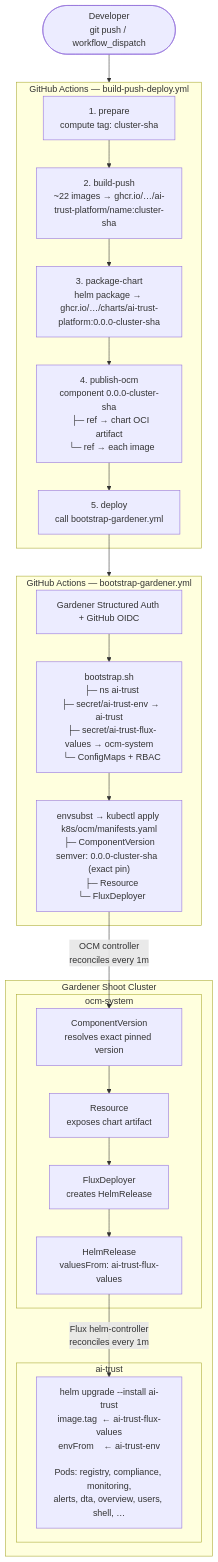
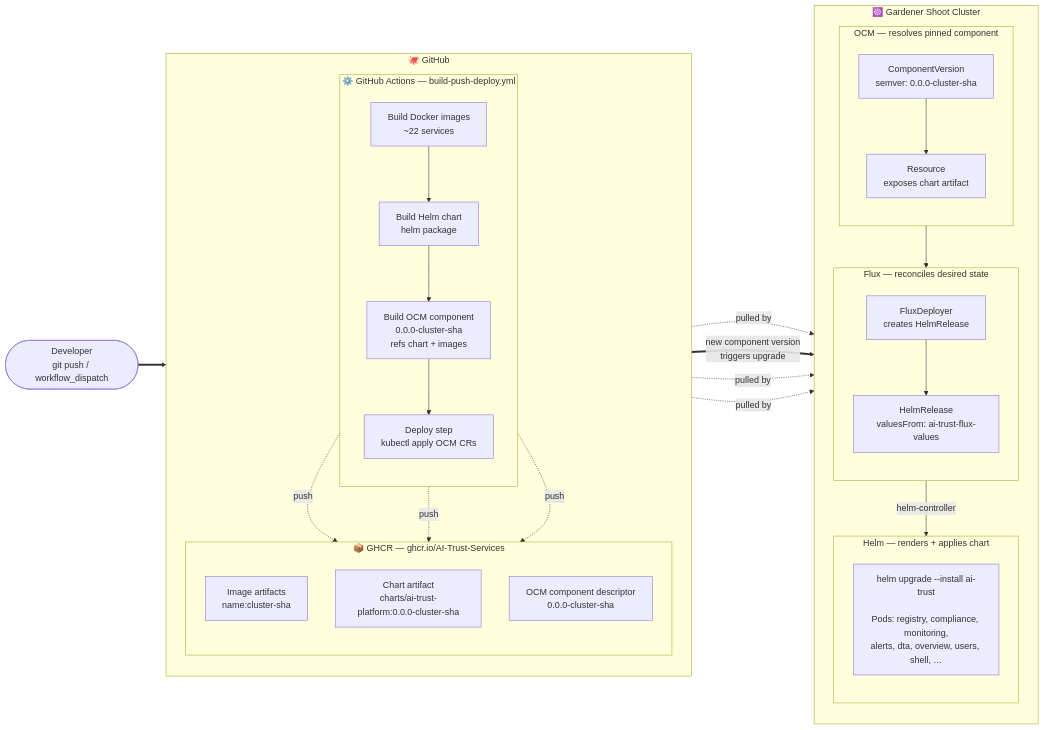
Before and after one commit to AI-Trust-Services/ai-trust-platform: the diagram in docs/ci-cd.md, drawn with Mermaid.

Commit message:
docs: redraw CI/CD deploy flow as nested blocks (GitHub{Actions,GHCR} → Gardener{OCM,Flux,Helm})

````diff
--- a/docs/ci-cd.md
+++ b/docs/ci-cd.md
@@ -5,38 +5,53 @@
 ```mermaid
-flowchart TD
-    dev([Developer\ngit push / workflow_dispatch])
+flowchart LR
+    dev([Developer<br/>git push / workflow_dispatch])
 
-    subgraph gha1["GitHub Actions — build-push-deploy.yml"]
-        prepare["1. prepare\ncompute tag: cluster-sha"]
-        build["2. build-push\n~22 images → ghcr.io/…/ai-trust-platform/name:cluster-sha"]
-        chart["3. package-chart\nhelm package → ghcr.io/…/charts/ai-trust-platform:0.0.0-cluster-sha"]
-        ocm_pub["4. publish-ocm\ncomponent 0.0.0-cluster-sha\n  ├─ ref → chart OCI artifact\n  └─ ref → each image"]
-        trigger["5. deploy\ncall bootstrap-gardener.yml"]
-        prepare --> build --> chart --> ocm_pub --> trigger
+    subgraph github["🐙 GitHub"]
+        direction TB
+        subgraph gha["⚙️ GitHub Actions — build-push-deploy.yml"]
+            direction TB
+            build["Build Docker images<br/>~22 services"]
+            chart["Build Helm chart<br/>helm package"]
+            ocm["Build OCM component<br/>0.0.0-cluster-sha<br/>refs chart + images"]
+            deploy["Deploy step<br/>kubectl apply OCM CRs"]
+            build --> chart --> ocm --> deploy
+        end
+        subgraph ghcr["📦 GHCR — ghcr.io/AI-Trust-Services"]
+            direction TB
+            imgArt["Image artifacts<br/>name:cluster-sha"]
+            chartArt["Chart artifact<br/>charts/ai-trust-platform:0.0.0-cluster-sha"]
+            ocmArt["OCM component descriptor<br/>0.0.0-cluster-sha"]
+        end
+        build -.push.-> imgArt
+        chart -.push.-> chartArt
+        ocm -.push.-> ocmArt
     end
 
-    subgraph gha2["GitHub Actions — bootstrap-gardener.yml"]
-        auth["Gardener Structured Auth + GitHub OIDC"]
-        bootstrap["bootstrap.sh\n  ├─ ns ai-trust\n  ├─ secret/ai-trust-env → ai-trust\n  ├─ secret/ai-trust-flux-values → ocm-system\n  └─ ConfigMaps + RBAC"]
-        apply["envsubst → kubectl apply k8s/ocm/manifests.yaml\n  ├─ ComponentVersion  semver: 0.0.0-cluster-sha  (exact pin)\n  ├─ Resource\n  └─ FluxDeployer"]
-        auth --> bootstrap --> apply
+    subgraph cluster["☸️ Gardener Shoot Cluster"]
+        direction TB
+        subgraph ocmBlk["OCM — resolves pinned component"]
+            direction TB
+            cv["ComponentVersion<br/>semver: 0.0.0-cluster-sha"]
+            res["Resource<br/>exposes chart artifact"]
+            cv --> res
+        end
+        subgraph fluxBlk["Flux — reconciles desired state"]
+            direction TB
+            fd["FluxDeployer<br/>creates HelmRelease"]
+            hr["HelmRelease<br/>valuesFrom: ai-trust-flux-values"]
+            fd --> hr
+        end
+        subgraph helmBlk["Helm — renders + applies chart"]
+            direction TB
+            pods["helm upgrade --install ai-trust<br/><br/>Pods: registry, compliance, monitoring,<br/>alerts, dta, overview, users, shell, …"]
+        end
+        res --> fd
+        hr -->|"helm-controller"| pods
     end
 
-    subgraph cluster["Gardener Shoot Cluster"]
-        subgraph ocm_sys["ocm-system"]
-            cv["ComponentVersion\nresolves exact pinned version"]
-            res["Resource\nexposes chart artifact"]
-            fd["FluxDeployer\ncreates HelmRelease"]
-            hr["HelmRelease\nvaluesFrom: ai-trust-flux-values"]
-            cv --> res --> fd --> hr
-        end
-        subgraph ai_trust["ai-trust"]
-            pods["helm upgrade --install ai-trust\nimage.tag  ← ai-trust-flux-values\nenvFrom    ← ai-trust-env\n\nPods: registry, compliance, monitoring,\nalerts, dta, overview, users, shell, …"]
-        end
-        hr -->|"Flux helm-controller\nreconciles every 1m"| pods
-    end
-
-    dev --> gha1
-    trigger --> gha2
-    apply -->|"OCM controller\nreconciles every 1m"| cv
+    dev ==> gha
+    deploy ==>|"new component version<br/>triggers upgrade"| ocmBlk
+    ocmArt -.pulled by.-> ocmBlk
+    chartArt -.pulled by.-> helmBlk
+    imgArt -.pulled by.-> pods
 ```
````
